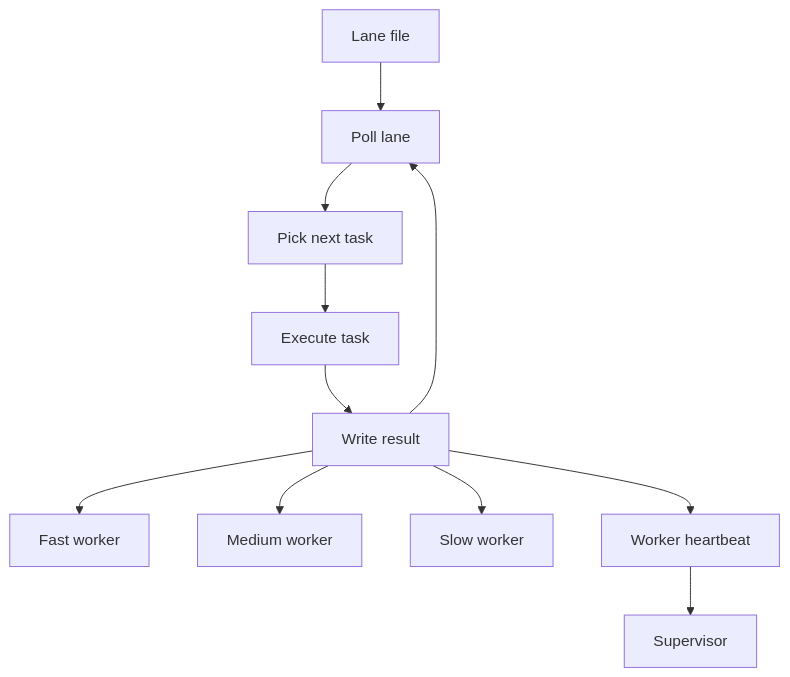
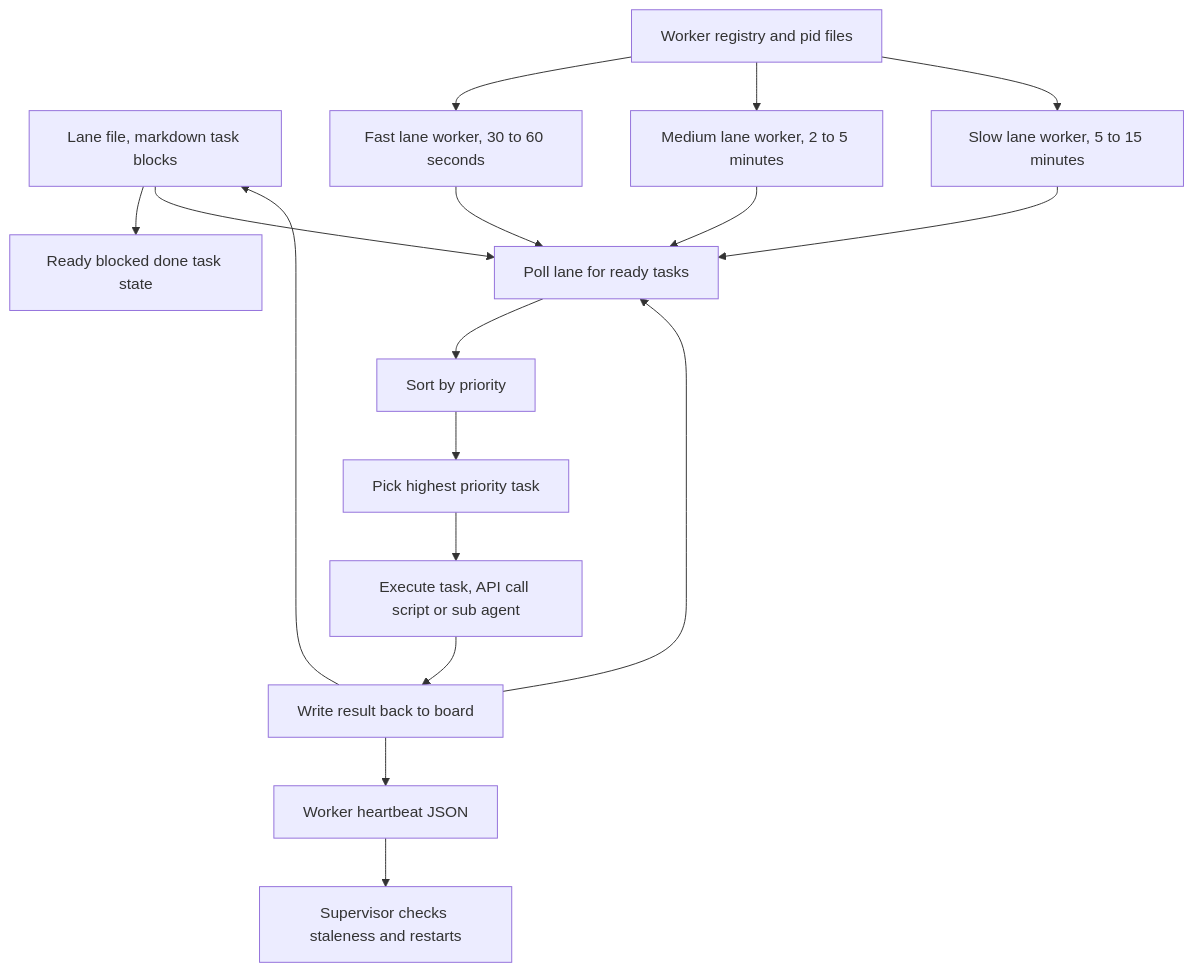
The diagram in diagrams/LANE_WORKERS.mmd (mmartoccia/ghost-orchestration-pattern), drawn with Mermaid before and after one commit. The commit also changed 11 other files, not shown here.

First line of the commit message:
Restore diagram fidelity while keeping GitHub-safe Mermaid

```diff
--- a/diagrams/LANE_WORKERS.mmd
+++ b/diagrams/LANE_WORKERS.mmd
@@ -1,17 +1,25 @@
 graph TD
-    W1[Lane file]
-    W2[Poll lane]
-    W3[Pick next task]
-    W4[Execute task]
-    W5[Write result]
-    W6[Fast worker]
-    W7[Medium worker]
-    W8[Slow worker]
-    W9[Worker heartbeat]
-    W10[Supervisor]
+    W1[Lane file, markdown task blocks]
+    W2[Ready blocked done task state]
+    W3[Poll lane for ready tasks]
+    W4[Sort by priority]
+    W5[Pick highest priority task]
+    W6[Execute task, API call script or sub agent]
+    W7[Write result back to board]
+    W8[Worker heartbeat JSON]
+    W9[Supervisor checks staleness and restarts]
+    W10[Fast lane worker, 30 to 60 seconds]
+    W11[Medium lane worker, 2 to 5 minutes]
+    W12[Slow lane worker, 5 to 15 minutes]
+    W13[Worker registry and pid files]
 
-    W1 --> W2 --> W3 --> W4 --> W5 --> W2
-    W5 --> W6
-    W5 --> W7
-    W5 --> W8
-    W5 --> W9 --> W10
+    W1 --> W2
+    W1 --> W3 --> W4 --> W5 --> W6 --> W7 --> W3
+    W7 --> W1
+    W7 --> W8 --> W9
+    W13 --> W10
+    W13 --> W11
+    W13 --> W12
+    W10 --> W3
+    W11 --> W3
+    W12 --> W3
```
